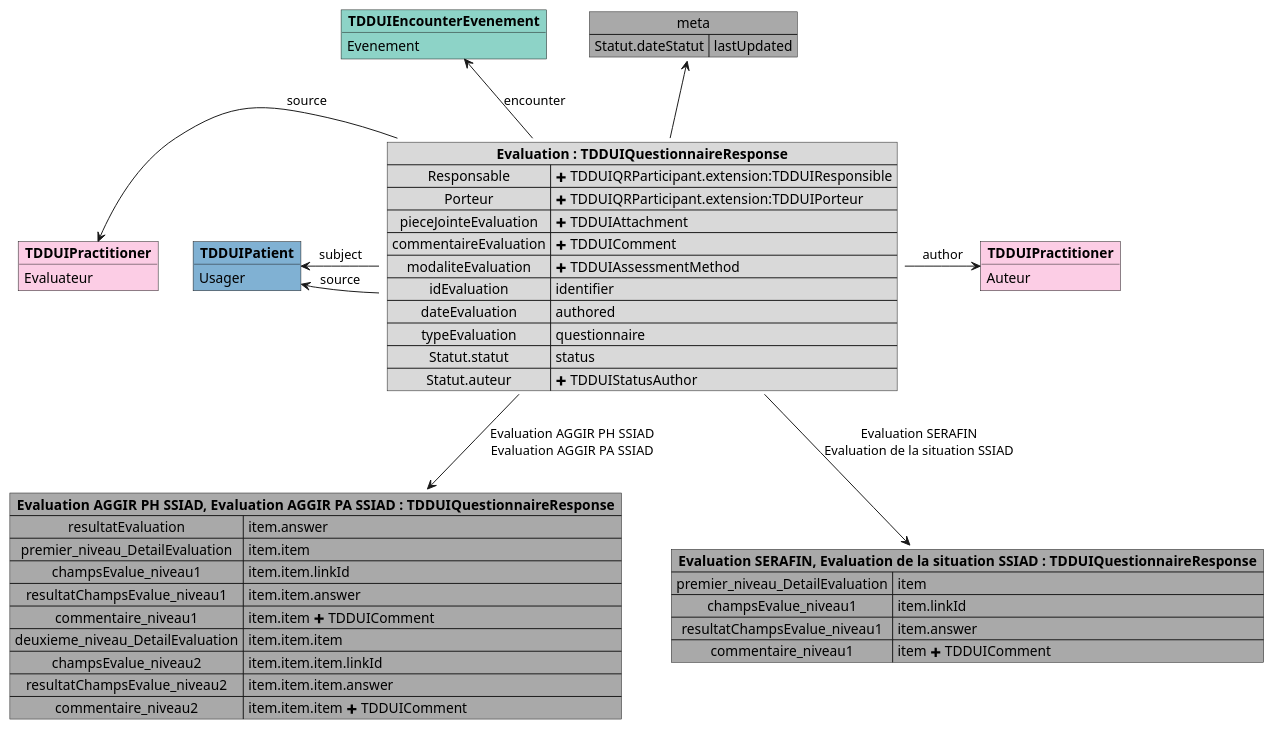
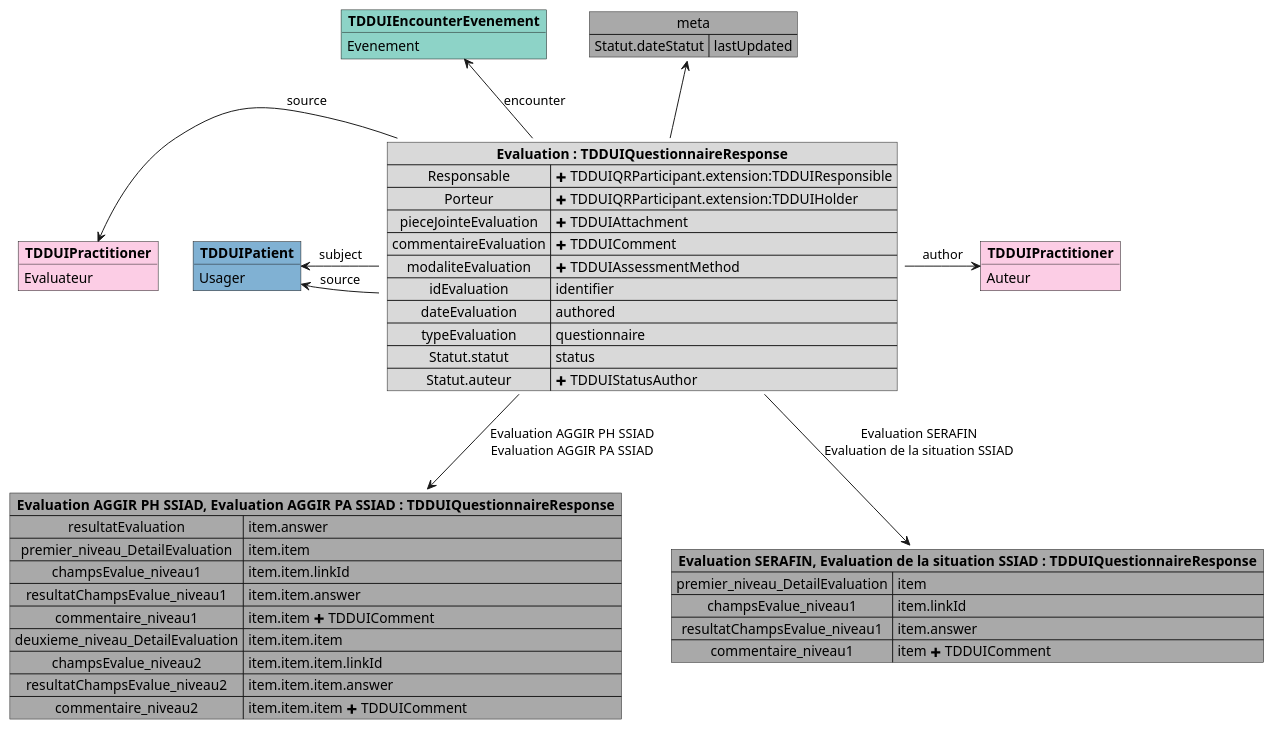
Before and after one commit to ansforge/IG-fhir-medicosocial-transfert-donnees-dui: the diagram in input/images-source/mapping_TDDUIQuestionnaireResponse.plantuml, drawn with PlantUML. The commit also changed 3 other files, not shown here.

```diff
--- a/input/images-source/mapping_TDDUIQuestionnaireResponse.plantuml
+++ b/input/images-source/mapping_TDDUIQuestionnaireResponse.plantuml
@@ -1,65 +1,65 @@
 @startuml
 
 map "**Evaluation AGGIR PH SSIAD, Evaluation AGGIR PA SSIAD : TDDUIQuestionnaireResponse**" as aggir #DarkGray {
     resultatEvaluation => item.answer
     premier_niveau_DetailEvaluation => item.item
     champsEvalue_niveau1 => item.item.linkId
     resultatChampsEvalue_niveau1 => item.item.answer
     commentaire_niveau1 => item.item <&plus> TDDUIComment
     deuxieme_niveau_DetailEvaluation => item.item.item
     champsEvalue_niveau2 => item.item.item.linkId
     resultatChampsEvalue_niveau2 => item.item.item.answer
     commentaire_niveau2 => item.item.item <&plus> TDDUIComment
 }
 
 map "**Evaluation SERAFIN, Evaluation de la situation SSIAD : TDDUIQuestionnaireResponse**" as autre #DarkGray {
     premier_niveau_DetailEvaluation => item
     champsEvalue_niveau1 => item.linkId
     resultatChampsEvalue_niveau1 => item.answer
     commentaire_niveau1 => item <&plus> TDDUIComment
 }
 
 object "**TDDUIEncounterEvenement**" as TDDUIEncounterEvenement #8dd3c7 {
     Evenement
 }
 
 map "meta" as meta #DarkGray {
     Statut.dateStatut => lastUpdated
 }
 
 object "**TDDUIPatient**" as TDDUIPatient_subject #80b1d3 {
     Usager
 }
 
 object "**TDDUIPractitioner**" as TDDUIPractitioner_author #fccde5 {
     Auteur
 }
 
 object "**TDDUIPractitioner**" as TDDUIPractitioner_source #fccde5 {
     Evaluateur
 }
 
 map "**Evaluation : TDDUIQuestionnaireResponse**" as Evaluation #d9d9d9 {
     Responsable => <&plus> TDDUIQRParticipant.extension:TDDUIResponsible
-    Porteur => <&plus> TDDUIQRParticipant.extension:TDDUIPorteur
+    Porteur => <&plus> TDDUIQRParticipant.extension:TDDUIHolder
     pieceJointeEvaluation => <&plus> TDDUIAttachment
     commentaireEvaluation => <&plus> TDDUIComment
     modaliteEvaluation  => <&plus> TDDUIAssessmentMethod 
     idEvaluation => identifier
     dateEvaluation => authored
     typeEvaluation => questionnaire
     Statut.statut  => status
     Statut.auteur => <&plus> TDDUIStatusAuthor
 }
 
 Evaluation -u-> meta
 Evaluation --> aggir : Evaluation AGGIR PH SSIAD\nEvaluation AGGIR PA SSIAD
 Evaluation --> autre : Evaluation SERAFIN\nEvaluation de la situation SSIAD
 
 Evaluation -l-> TDDUIPatient_subject : subject
 Evaluation -l-> TDDUIPatient_subject : source
 Evaluation -r-> TDDUIPractitioner_author : author
 Evaluation -l-> TDDUIPractitioner_source : source
 Evaluation -u-> TDDUIEncounterEvenement : encounter
 
 @enduml
```
